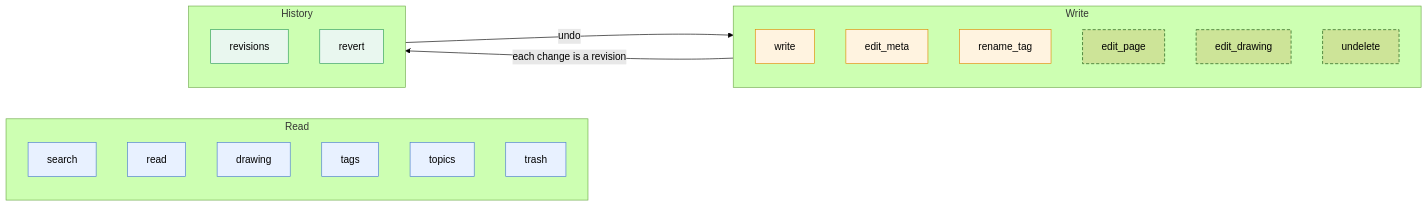
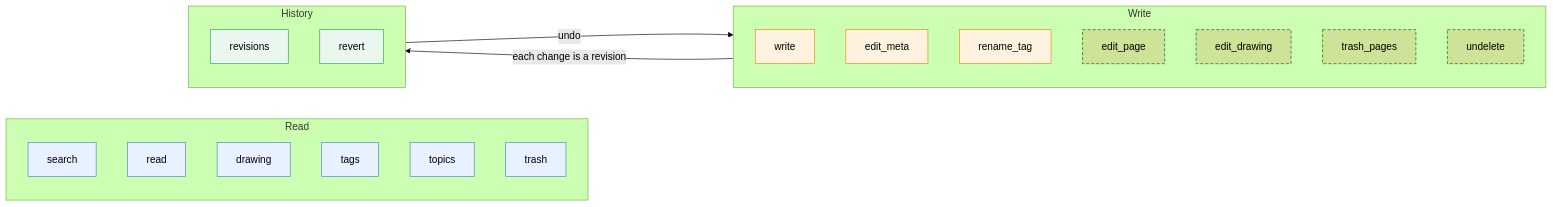
Before and after one commit to gilesknap/scrap: the diagram in docs/reference/mcp.md, drawn with Mermaid (forest theme). The commit also changed other lines of this file and 20 other files, not shown here.

First line of the commit message:
MCP: let Claude move pages to the trash (soft delete)

````diff
--- a/docs/reference/mcp.md
+++ b/docs/reference/mcp.md
@@ -24,30 +25,31 @@
 ```mermaid
 flowchart LR
     classDef read fill:#e8f1ff,stroke:#4a7bd0
     classDef claude fill:#fff3e0,stroke:#e08a00
     classDef user fill:#e9f7ef,stroke:#2e9d5b
     classDef opt stroke-dasharray: 5 3
 
     subgraph R["Read"]
         search:::read
         read:::read
         drawing:::read
         tags:::read
         topics:::read
         trash:::read
     end
     subgraph W["Write"]
         write:::claude
         edit_meta:::claude
         rename_tag:::claude
         edit_page:::opt
         edit_drawing:::opt
+        trash_pages:::opt
         undelete:::opt
     end
     subgraph H["History"]
         revisions:::user
         revert:::user
     end
     W -->|"each change is a revision"| H
     H -->|"undo"| W
 ```
````
